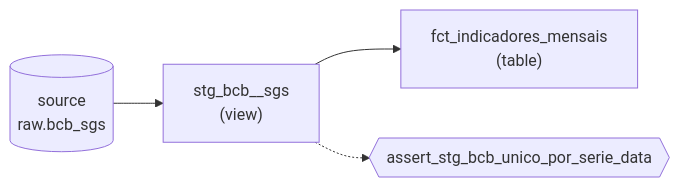
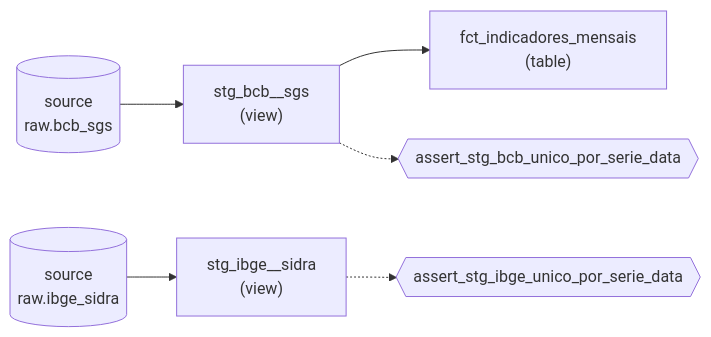
Before and after one commit to Jones51/indicadores-br: the second of 2 diagrams in README.md, drawn with Mermaid. The commit also changed other lines of this file and 2 other files, not shown here.

Commit message:
documenta extrator IBGE: ADR 0004, README e CLAUDE.md

````diff
--- a/README.md
+++ b/README.md
@@ -42,6 +46,8 @@
 ```mermaid
 flowchart LR
     src[("source<br/>raw.bcb_sgs")] --> stg["stg_bcb__sgs<br/>(view)"]
     stg --> fct["fct_indicadores_mensais<br/>(table)"]
     stg -.-> t1{{"assert_stg_bcb_unico_por_serie_data"}}
+    srci[("source<br/>raw.ibge_sidra")] --> stgi["stg_ibge__sidra<br/>(view)"]
+    stgi -.-> t2{{"assert_stg_ibge_unico_por_serie_data"}}
 ```
````
